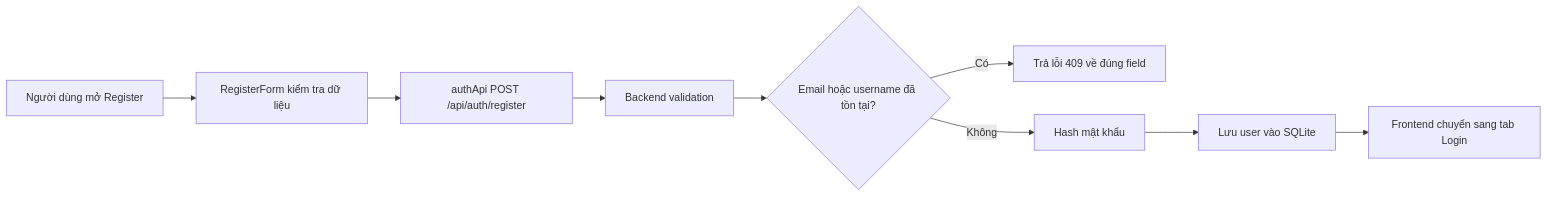
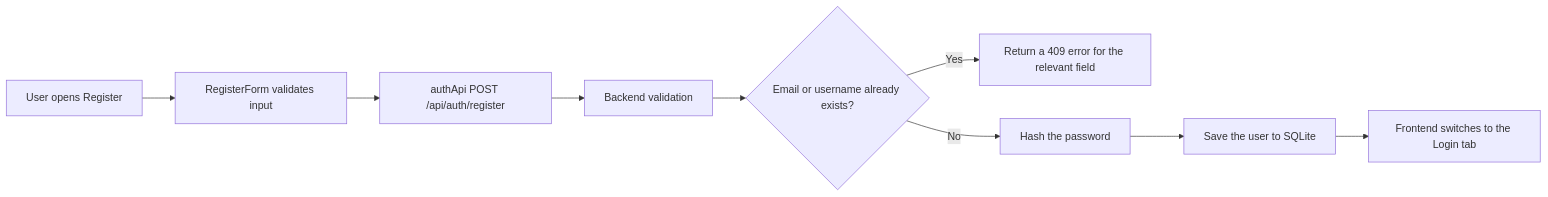
The first of 3 diagrams in docs/auth-flow.md (Henhhh/Web_29GG), drawn with Mermaid before and after one commit. The commit also changed other lines of this file and 5 other files, not shown here.

````diff
--- a/docs/auth-flow.md
+++ b/docs/auth-flow.md
@@ -44,11 +44,11 @@
 ```mermaid
 flowchart LR
-    A[Người dùng mở Register] --> B[RegisterForm kiểm tra dữ liệu]
+    A[User opens Register] --> B[RegisterForm validates input]
     B --> C[authApi POST /api/auth/register]
     C --> D[Backend validation]
-    D --> E{Email hoặc username đã tồn tại?}
-    E -- Có --> F[Trả lỗi 409 về đúng field]
-    E -- Không --> G[Hash mật khẩu]
-    G --> H[Lưu user vào SQLite]
-    H --> I[Frontend chuyển sang tab Login]
+    D --> E{Email or username already exists?}
+    E -- Yes --> F[Return a 409 error for the relevant field]
+    E -- No --> G[Hash the password]
+    G --> H[Save the user to SQLite]
+    H --> I[Frontend switches to the Login tab]
 ```
````
